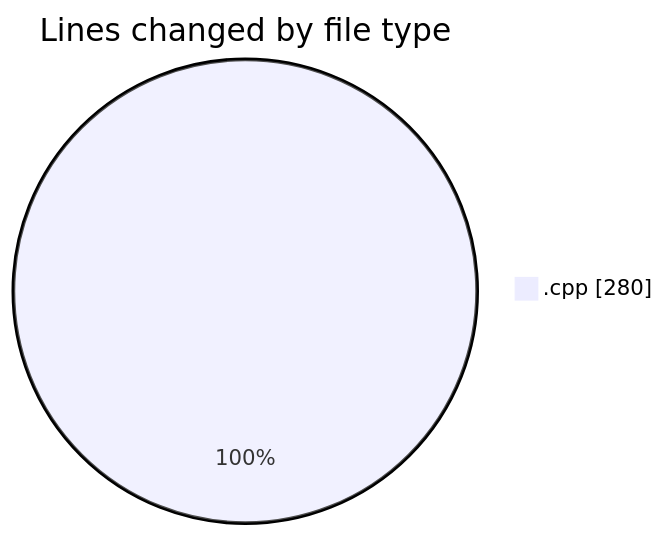
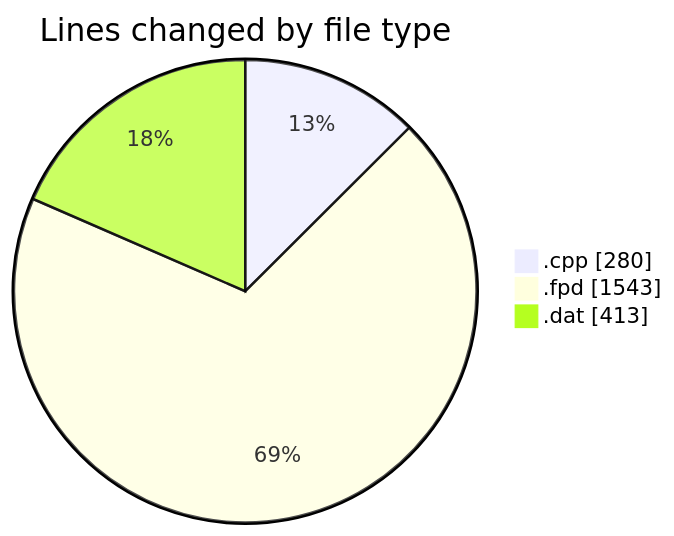
One commit to ricardozamudiocil/code-tracking changed the first of 2 diagrams in 2026-07-02/cilapp/README.md. Above: the diagram before and after it, drawn with Mermaid. The commit also changed other lines of this file and 1 other file, not shown here.

````diff
--- a/2026-07-02/cilapp/README.md
+++ b/2026-07-02/cilapp/README.md
@@ -21,5 +23,7 @@
 ```mermaid
 pie showData
 title Lines changed by file type
 ".cpp" : 280
+".fpd" : 1543
+".dat" : 413
 ```
````
